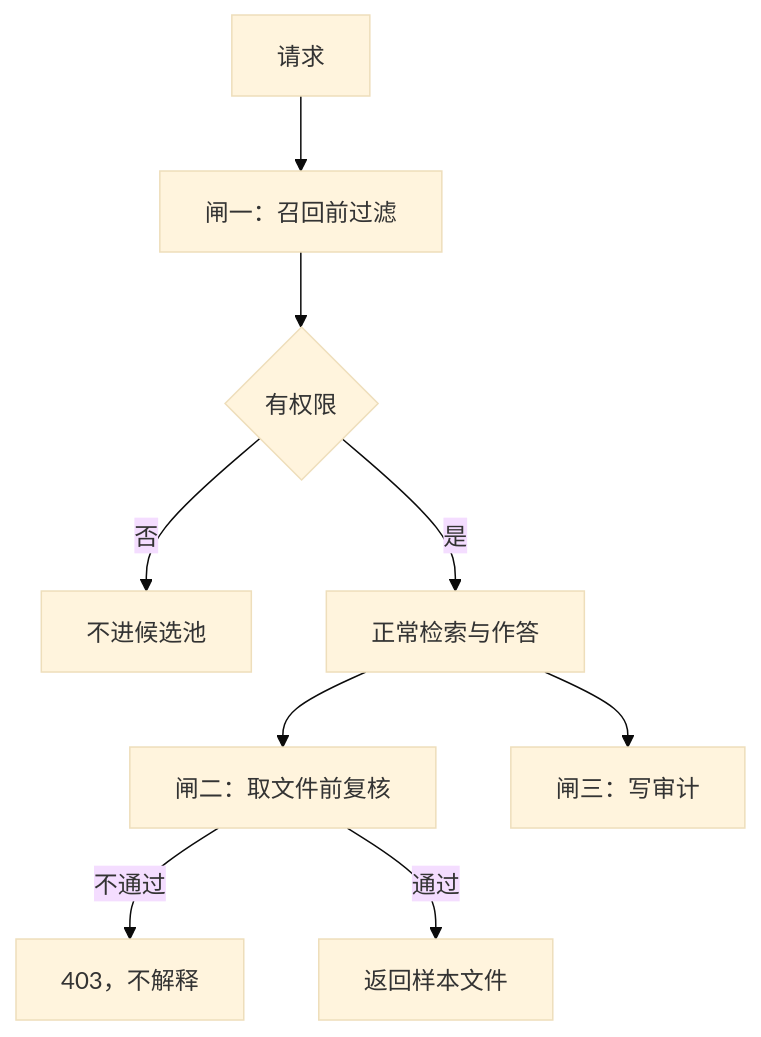
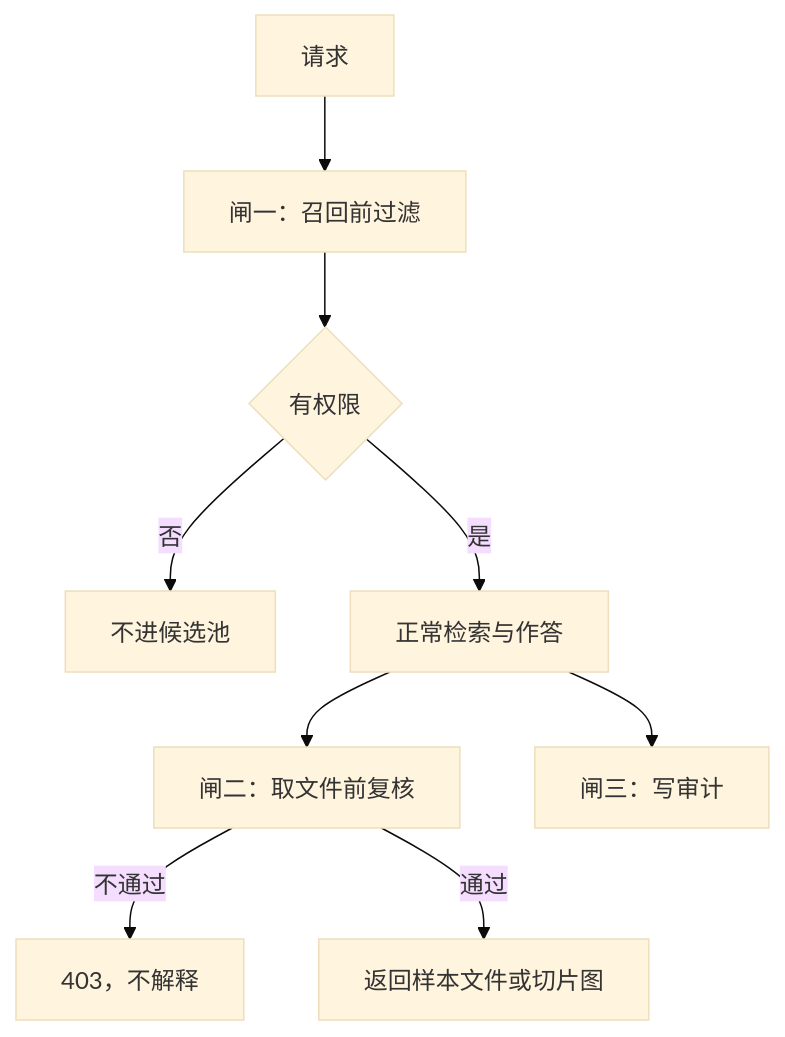
Diagram 15 of 16 in 详细设计.md (kvchen95/ai-rag), drawn with Mermaid (base theme) before and after one commit. The commit also changed other lines of this file and 4 other files, not shown here.

First line of the commit message:
docs: 按当前实现重写架构图集、概要设计与详细设计

````diff
--- a/详细设计.md
+++ b/详细设计.md
@@ -900,11 +919,11 @@
 ```mermaid
 flowchart TD
     A["请求"] --> B["闸一：召回前过滤"]
     B --> C{"有权限"}
     C -- 否 --> X["不进候选池"]
     C -- 是 --> D["正常检索与作答"]
     D --> E["闸二：取文件前复核"]
     E -- 不通过 --> Y["403，不解释"]
-    E -- 通过 --> F["返回样本文件"]
+    E -- 通过 --> F["返回样本文件或切片图"]
     D --> G["闸三：写审计"]
 ```
````
